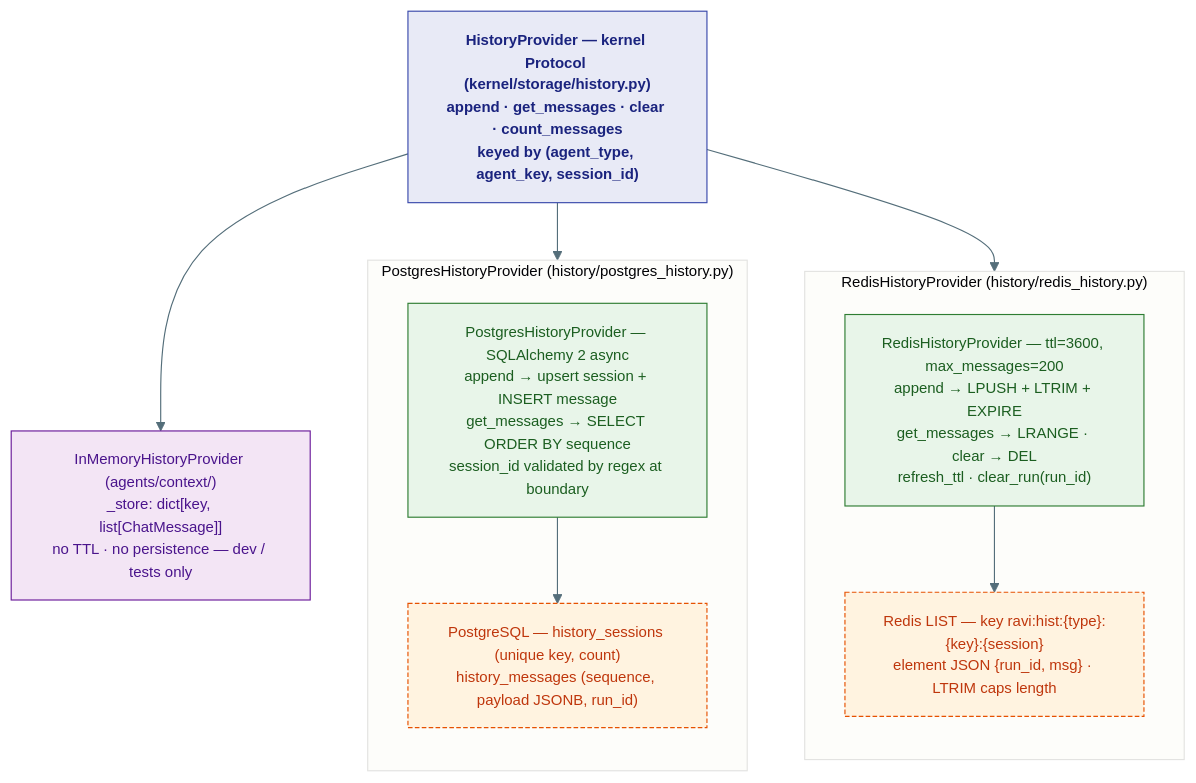
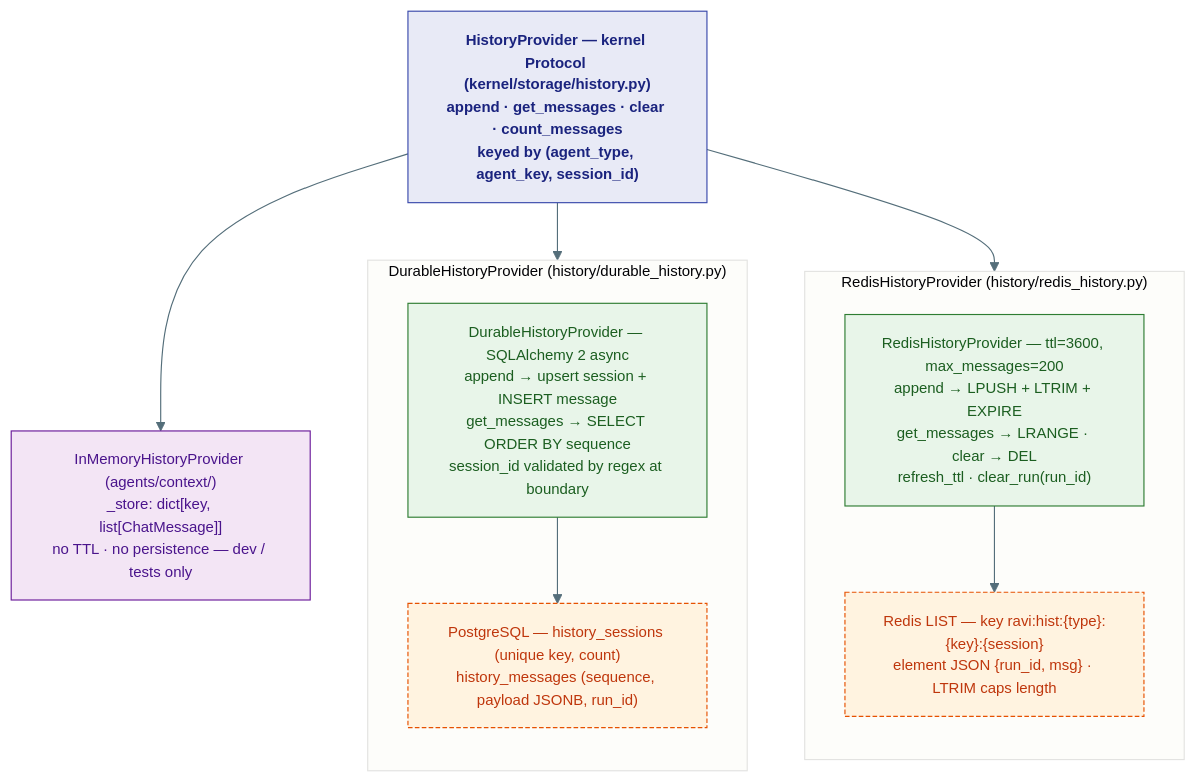
Before and after one commit to Ravikumarchavva/agent-substrate: the second of 2 diagrams in agents/agent-substrate/docs/capabilities/05-memory-and-history.md, drawn with Mermaid. The commit also changed other lines of this file and 133 other files, not shown here.

````diff
--- a/agents/agent-substrate/docs/capabilities/05-memory-and-history.md
+++ b/agents/agent-substrate/docs/capabilities/05-memory-and-history.md
@@ -96,30 +96,30 @@
 ```mermaid
 %%{init: {'theme': 'base', 'themeVariables': {'primaryColor': '#E8EAF6','primaryTextColor': '#1A237E','primaryBorderColor': '#3949AB','lineColor': '#546E7A','fontSize': '13px'}}}%%
 flowchart TB
     classDef proto fill:#E8EAF6,stroke:#3949AB,color:#1A237E,font-weight:bold
     classDef impl  fill:#E8F5E9,stroke:#2E7D32,color:#1B5E20
     classDef store fill:#FFF3E0,stroke:#E65100,color:#BF360C,stroke-dasharray:4 2
     classDef dev   fill:#F3E5F5,stroke:#6A1B9A,color:#4A148C
 
     HP["HistoryProvider — kernel Protocol (kernel/storage/history.py)<br/>append · get_messages · clear · count_messages<br/>keyed by (agent_type, agent_key, session_id)"]:::proto
 
     INPROV["InMemoryHistoryProvider (agents/context/)<br/>_store: dict[key, list[ChatMessage]]<br/>no TTL · no persistence — dev / tests only"]:::dev
 
     subgraph REDISHIST["RedisHistoryProvider (history/redis_history.py)"]
         direction TB
         RHP["RedisHistoryProvider — ttl=3600, max_messages=200<br/>append → LPUSH + LTRIM + EXPIRE<br/>get_messages → LRANGE · clear → DEL<br/>refresh_ttl · clear_run(run_id)"]:::impl
         RD["Redis LIST — key ravi:hist:{type}:{key}:{session}<br/>element JSON {run_id, msg} · LTRIM caps length"]:::store
         RHP --> RD
     end
 
-    subgraph PGHIST["PostgresHistoryProvider (history/postgres_history.py)"]
+    subgraph PGHIST["DurableHistoryProvider (history/durable_history.py)"]
         direction TB
-        PHP["PostgresHistoryProvider — SQLAlchemy 2 async<br/>append → upsert session + INSERT message<br/>get_messages → SELECT ORDER BY sequence<br/>session_id validated by regex at boundary"]:::impl
+        PHP["DurableHistoryProvider — SQLAlchemy 2 async<br/>append → upsert session + INSERT message<br/>get_messages → SELECT ORDER BY sequence<br/>session_id validated by regex at boundary"]:::impl
         PG["PostgreSQL — history_sessions (unique key, count)<br/>history_messages (sequence, payload JSONB, run_id)"]:::store
         PHP --> PG
     end
 
     HP --> INPROV
     HP --> RHP
     HP --> PHP
 ```
````
